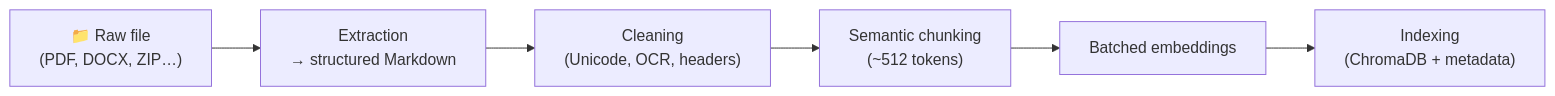
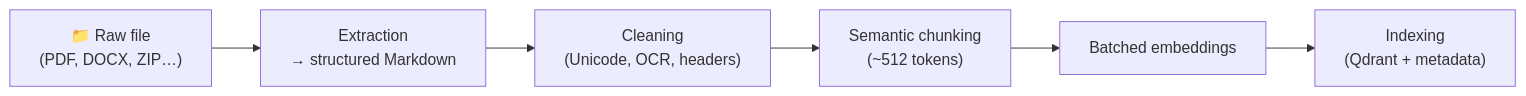
Before and after one commit to devdownin/SpectraLLM: the second of 5 diagrams in docs/user/documentation-pedagogique.en.md, drawn with Mermaid. The commit also changed other lines of this file and 44 other files, not shown here.

````diff
--- a/docs/user/documentation-pedagogique.en.md
+++ b/docs/user/documentation-pedagogique.en.md
@@ -207,8 +207,8 @@
 ```mermaid
 flowchart LR
     F["📁 Raw file<br/>(PDF, DOCX, ZIP…)"] --> E["Extraction<br/>→ structured Markdown"]
     E --> N["Cleaning<br/>(Unicode, OCR, headers)"]
     N --> C["Semantic chunking<br/>(~512 tokens)"]
     C --> V["Batched embeddings"]
-    V --> I["Indexing<br/>(ChromaDB + metadata)"]
+    V --> I["Indexing<br/>(Qdrant + metadata)"]
 ```
````
